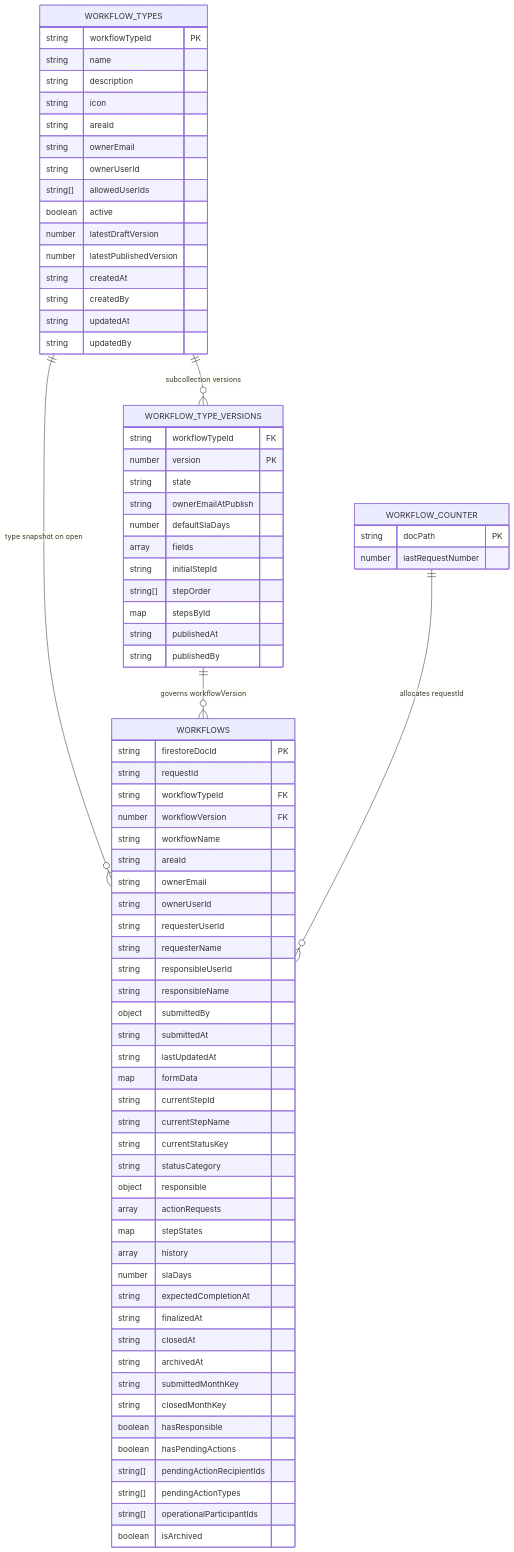
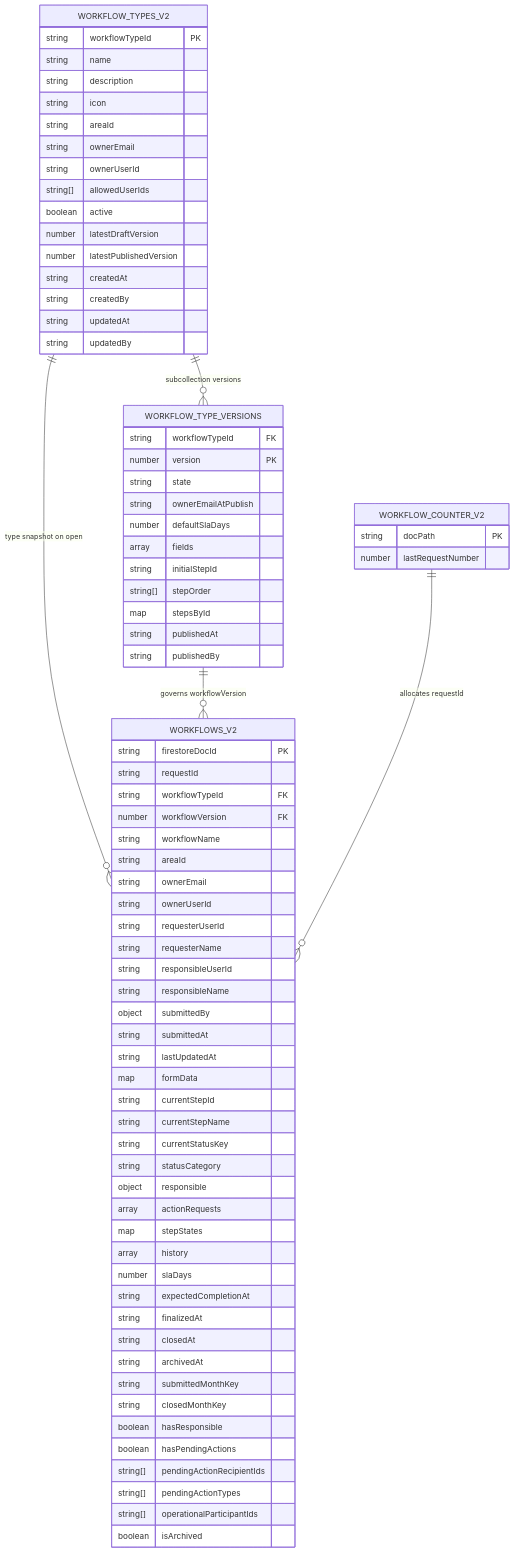
Before and after one commit to 3Ainvestimentos/Connect-backup: the diagram in docs/workflows_new/docs_step2/diagrams/01-firestore-collections-erd.mmd, drawn with Mermaid. The commit also changed 23 other files, not shown here.

Commit message:
docs: normaliza referencias operacionais da fase 1 para colecoes _v2

```diff
--- a/docs/workflows_new/docs_step2/diagrams/01-firestore-collections-erd.mmd
+++ b/docs/workflows_new/docs_step2/diagrams/01-firestore-collections-erd.mmd
@@ -1,82 +1,84 @@
 erDiagram
-    WORKFLOW_TYPES {
+    %% Fase 1 fisica: colecoes paralelas no mesmo banco de producao
+    %% workflowTypes_v2 / workflowTypes_v2/{workflowTypeId}/versions/{version} / workflows_v2 / counters/workflowCounter_v2
+    WORKFLOW_TYPES_V2 {
         string workflowTypeId PK
         string name
         string description
         string icon
         string areaId
         string ownerEmail
         string ownerUserId
         string[] allowedUserIds
         boolean active
         number latestDraftVersion
         number latestPublishedVersion
         string createdAt
         string createdBy
         string updatedAt
         string updatedBy
     }
 
     WORKFLOW_TYPE_VERSIONS {
         string workflowTypeId FK
         number version PK
         string state
         string ownerEmailAtPublish
         number defaultSlaDays
         array fields
         string initialStepId
         string[] stepOrder
         map stepsById
         string publishedAt
         string publishedBy
     }
 
-    WORKFLOWS {
+    WORKFLOWS_V2 {
         string firestoreDocId PK
         string requestId
         string workflowTypeId FK
         number workflowVersion FK
         string workflowName
         string areaId
         string ownerEmail
         string ownerUserId
         string requesterUserId
         string requesterName
         string responsibleUserId
         string responsibleName
         object submittedBy
         string submittedAt
         string lastUpdatedAt
         map formData
         string currentStepId
         string currentStepName
         string currentStatusKey
         string statusCategory
         object responsible
         array actionRequests
         map stepStates
         array history
         number slaDays
         string expectedCompletionAt
         string finalizedAt
         string closedAt
         string archivedAt
         string submittedMonthKey
         string closedMonthKey
         boolean hasResponsible
         boolean hasPendingActions
         string[] pendingActionRecipientIds
         string[] pendingActionTypes
         string[] operationalParticipantIds
         boolean isArchived
     }
 
-    WORKFLOW_COUNTER {
+    WORKFLOW_COUNTER_V2 {
         string docPath PK
         number lastRequestNumber
     }
 
-    WORKFLOW_TYPES ||--o{ WORKFLOW_TYPE_VERSIONS : "subcollection versions"
-    WORKFLOW_TYPES ||--o{ WORKFLOWS : "type snapshot on open"
-    WORKFLOW_TYPE_VERSIONS ||--o{ WORKFLOWS : "governs workflowVersion"
-    WORKFLOW_COUNTER ||--o{ WORKFLOWS : "allocates requestId"
+    WORKFLOW_TYPES_V2 ||--o{ WORKFLOW_TYPE_VERSIONS : "subcollection versions"
+    WORKFLOW_TYPES_V2 ||--o{ WORKFLOWS_V2 : "type snapshot on open"
+    WORKFLOW_TYPE_VERSIONS ||--o{ WORKFLOWS_V2 : "governs workflowVersion"
+    WORKFLOW_COUNTER_V2 ||--o{ WORKFLOWS_V2 : "allocates requestId"
```
